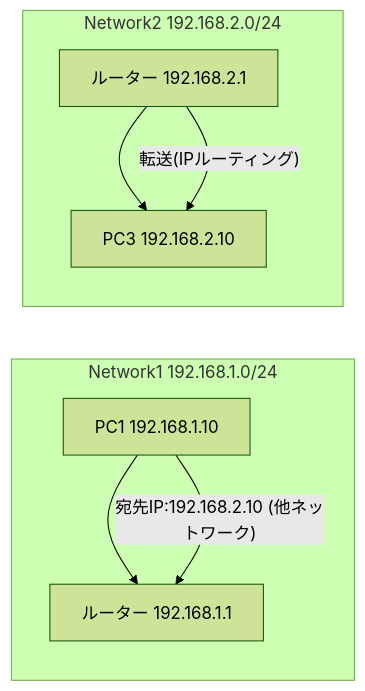
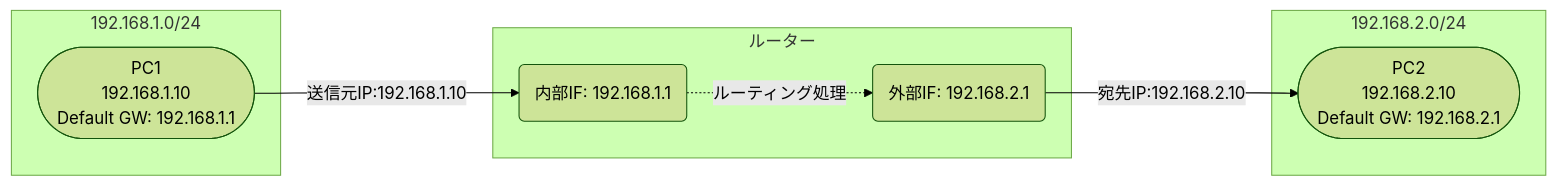
One commit to uecken/docs changed the sixth of 15 diagrams in 新人エンジニアが学ぶ無線とIPネットワーク/readme.md. Above: the diagram before and after it, drawn with Mermaid (forest theme). The commit also changed other lines of this file, not shown here.

Commit message:
fixed mermaid

````diff
--- a/新人エンジニアが学ぶ無線とIPネットワーク/readme.md
+++ b/新人エンジニアが学ぶ無線とIPネットワーク/readme.md
@@ -78,11 +79,19 @@
 ```mermaid
 flowchart LR
-    subgraph Network1 192.168.1.0/24
-      PC1_a[PC1 192.168.1.10] --> R1_a[ルーター 192.168.1.1]
+    subgraph LAN1 ["192.168.1.0/24"]
+        PC1([PC1<br>192.168.1.10<br>Default GW: 192.168.1.1])
     end
-    subgraph Network2 192.168.2.0/24
-      R1_b[ルーター 192.168.2.1] --> PC3_a[PC3 192.168.2.10]
+
+    subgraph Router ["ルーター"]
+        RIF1("内部IF: 192.168.1.1")
+        RIF2("外部IF: 192.168.2.1")
+        RIF1 -.-> |ルーティング処理| RIF2
     end
-    PC1_a -- "宛先IP:192.168.2.10 (他ネットワーク)" --> R1_a
-    R1_b -- "転送(IPルーティング)" --> PC3_a
+
+    subgraph LAN2 ["192.168.2.0/24"]
+        PC2([PC2<br>192.168.2.10<br>Default GW: 192.168.2.1])
+    end
+
+    PC1 -- "送信元IP:192.168.1.10" --> RIF1
+    RIF2 -- "宛先IP:192.168.2.10" --> PC2
 ```
````
